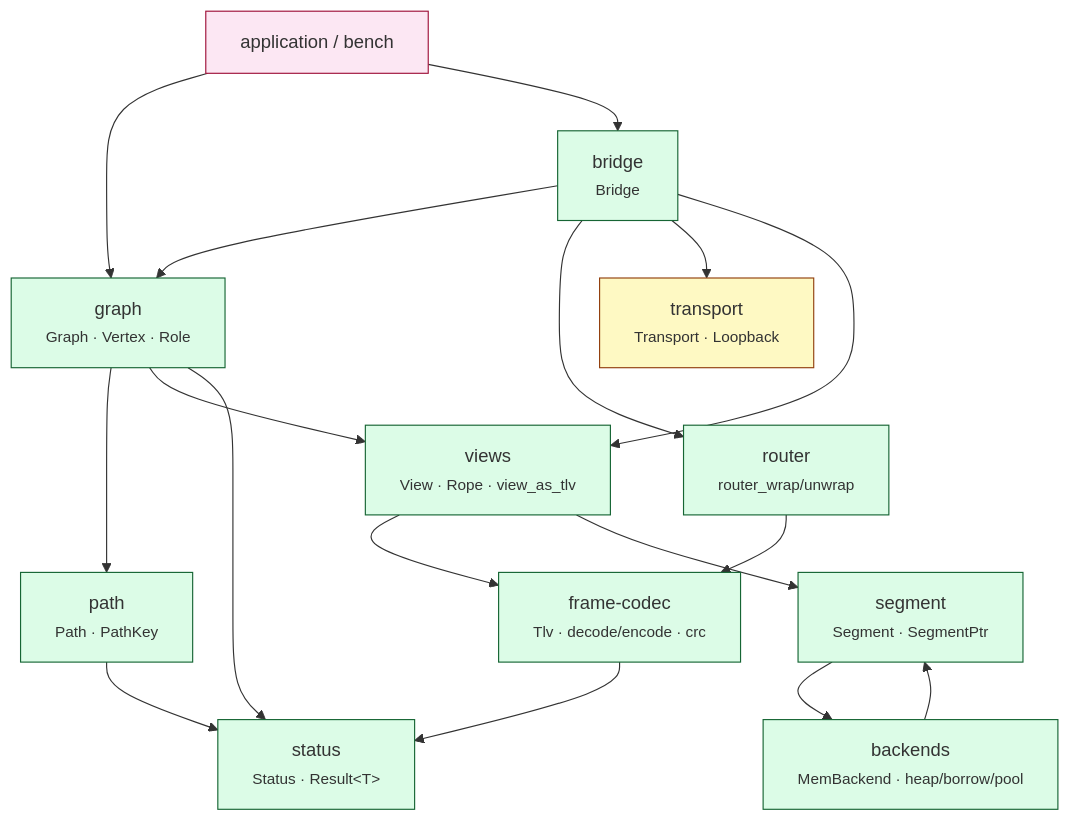
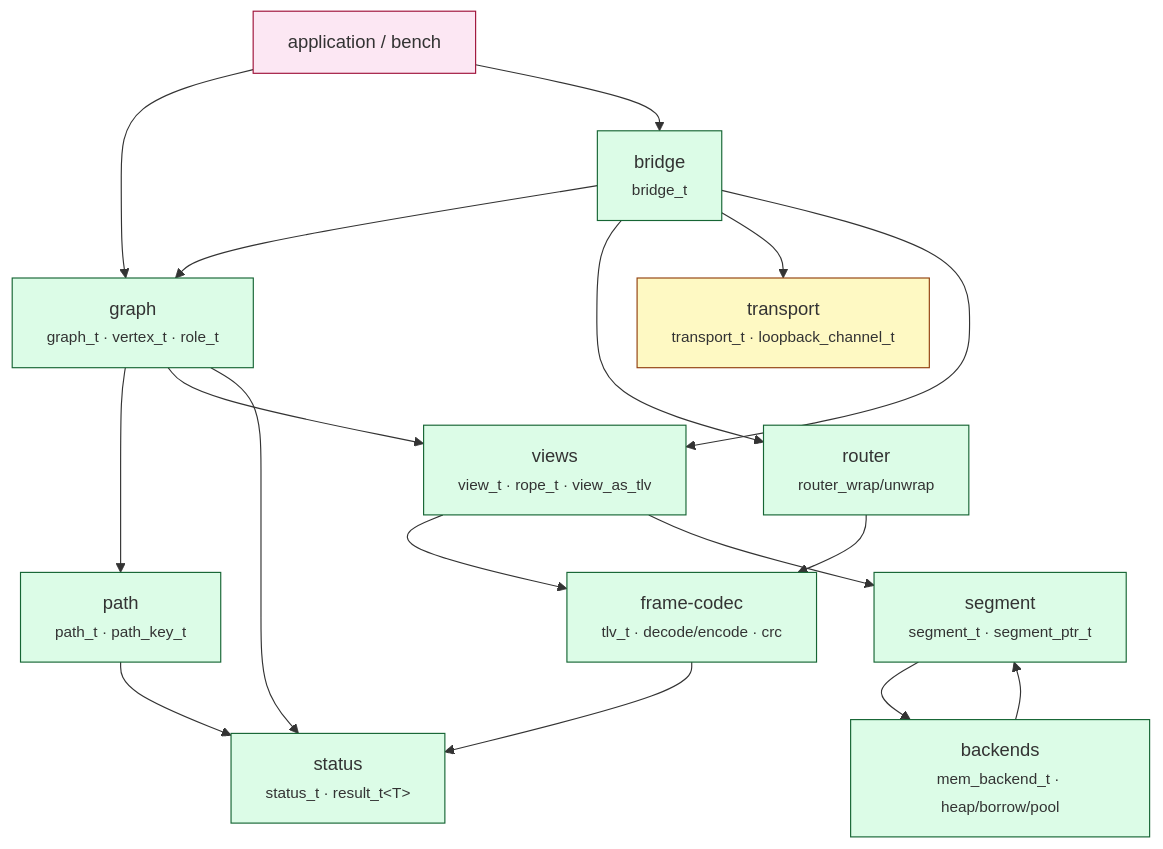
The first of 2 diagrams in docs/modules/interface-map.md (avatarsd-llc/libtracer), drawn with Mermaid before and after one commit. The commit also changed other lines of this file and 64 other files, not shown here.

````diff
--- a/docs/modules/interface-map.md
+++ b/docs/modules/interface-map.md
@@ -10,37 +10,37 @@
 ```{mermaid}
 flowchart TD
     APP["application / bench"]:::app
-    GRAPH["graph<br/><small>Graph · Vertex · Role</small>"]
-    PATH["path<br/><small>Path · PathKey</small>"]
-    BRIDGE["bridge<br/><small>Bridge</small>"]
+    GRAPH["graph<br/><small>graph_t · vertex_t · role_t</small>"]
+    PATH["path<br/><small>path_t · path_key_t</small>"]
+    BRIDGE["bridge<br/><small>bridge_t</small>"]
     ROUTER["router<br/><small>router_wrap/unwrap</small>"]
-    TRANSPORT["transport<br/><small>Transport · Loopback</small>"]
-    FRAME["frame-codec<br/><small>Tlv · decode/encode · crc</small>"]
-    VIEWS["views<br/><small>View · Rope · view_as_tlv</small>"]
-    SEG["segment<br/><small>Segment · SegmentPtr</small>"]
-    BACK["backends<br/><small>MemBackend · heap/borrow/pool</small>"]
-    STATUS["status<br/><small>Status · Result&lt;T&gt;</small>"]
+    TRANSPORT["transport<br/><small>transport_t · loopback_channel_t</small>"]
+    FRAME["frame-codec<br/><small>tlv_t · decode/encode · crc</small>"]
+    VIEWS["views<br/><small>view_t · rope_t · view_as_tlv</small>"]
+    SEG["segment<br/><small>segment_t · segment_ptr_t</small>"]
+    BACK["backends<br/><small>mem_backend_t · heap/borrow/pool</small>"]
+    STATUS["status<br/><small>status_t · result_t&lt;T&gt;</small>"]
 
     APP --> GRAPH
     APP --> BRIDGE
     GRAPH --> PATH
     GRAPH --> VIEWS
     GRAPH --> STATUS
     BRIDGE --> GRAPH
     BRIDGE --> ROUTER
     BRIDGE --> TRANSPORT
     BRIDGE --> VIEWS
     ROUTER --> FRAME
     VIEWS --> FRAME
     VIEWS --> SEG
     FRAME --> STATUS
     SEG --> BACK
     BACK --> SEG
     PATH --> STATUS
 
     classDef app fill:#fce7f3,stroke:#9f1239;
     classDef done fill:#dcfce7,stroke:#166534;
     classDef next fill:#fef9c3,stroke:#92400e;
     class GRAPH,PATH,BRIDGE,ROUTER,FRAME,VIEWS,SEG,BACK,STATUS done;
     class TRANSPORT next;
 ```
````
